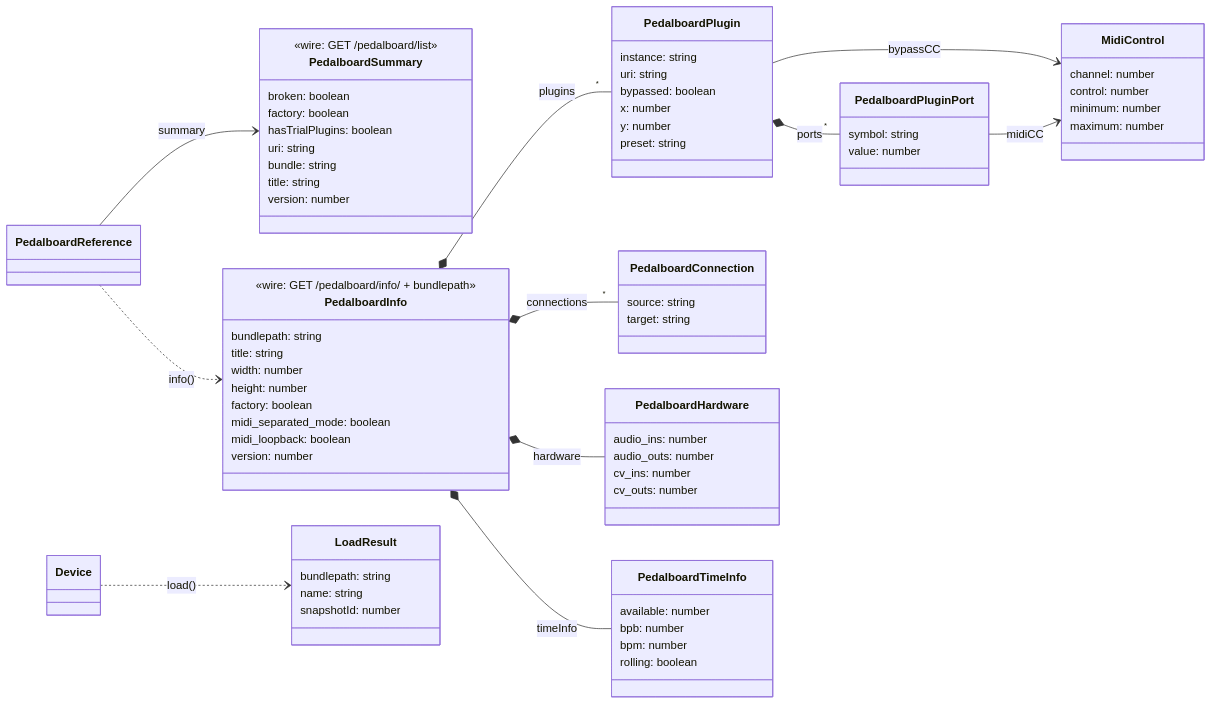
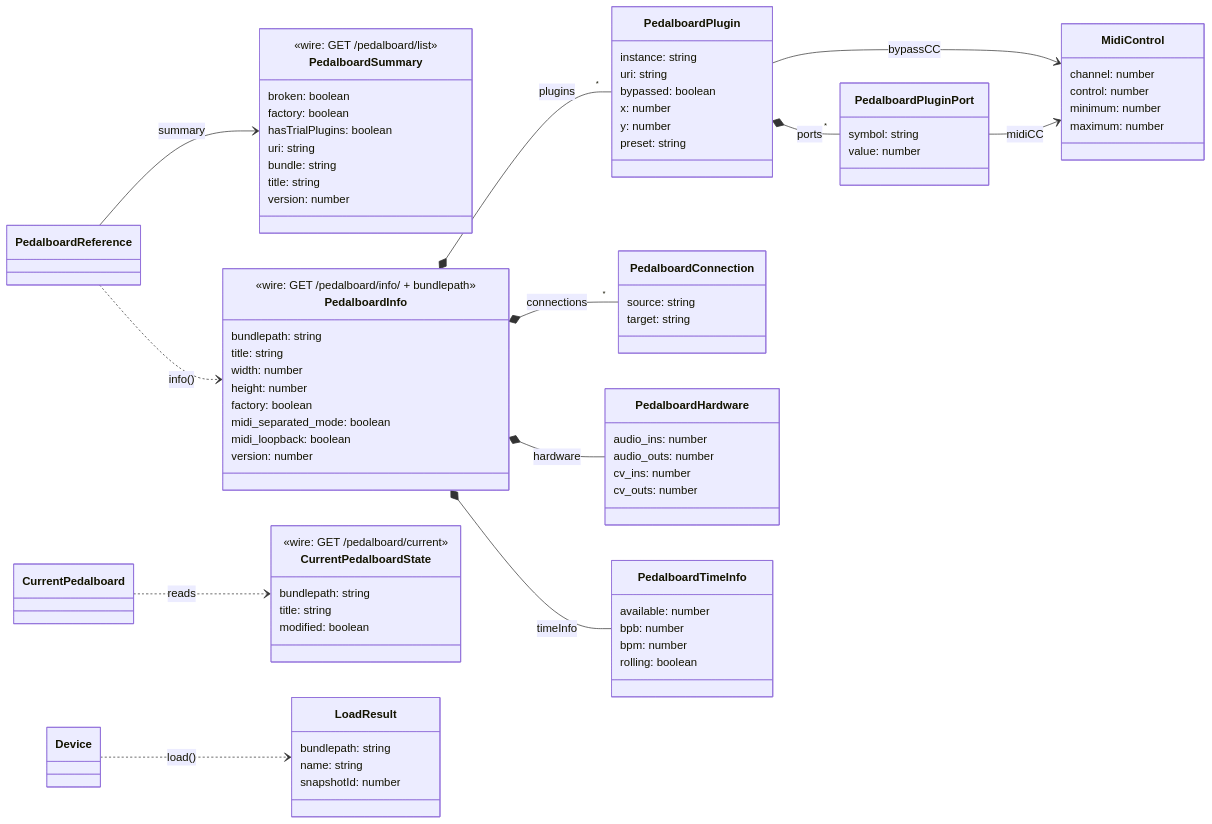
Before and after one commit to SrMouraSilva/mod-ui-old: the fourth of 10 diagrams in docs/modui-client.md, drawn with Mermaid. The commit also changed other lines of this file and 12 other files, not shown here.

First line of the commit message:
feat(modui-client): add current pedalboard management and saving functionality

````diff
--- a/docs/modui-client.md
+++ b/docs/modui-client.md
@@ -331,6 +362,12 @@
     minimum: number
     maximum: number
   }
+  class CurrentPedalboardState {
+    <<wire: GET /pedalboard/current>>
+    bundlepath: string
+    title: string
+    modified: boolean
+  }
   class LoadResult {
     bundlepath: string
     name: string
@@ -347,4 +384,5 @@
   PedalboardPlugin --> MidiControl : bypassCC
   PedalboardPluginPort --> MidiControl : midiCC
   Device ..> LoadResult : load()
+  CurrentPedalboard ..> CurrentPedalboardState : reads
 ```
````
